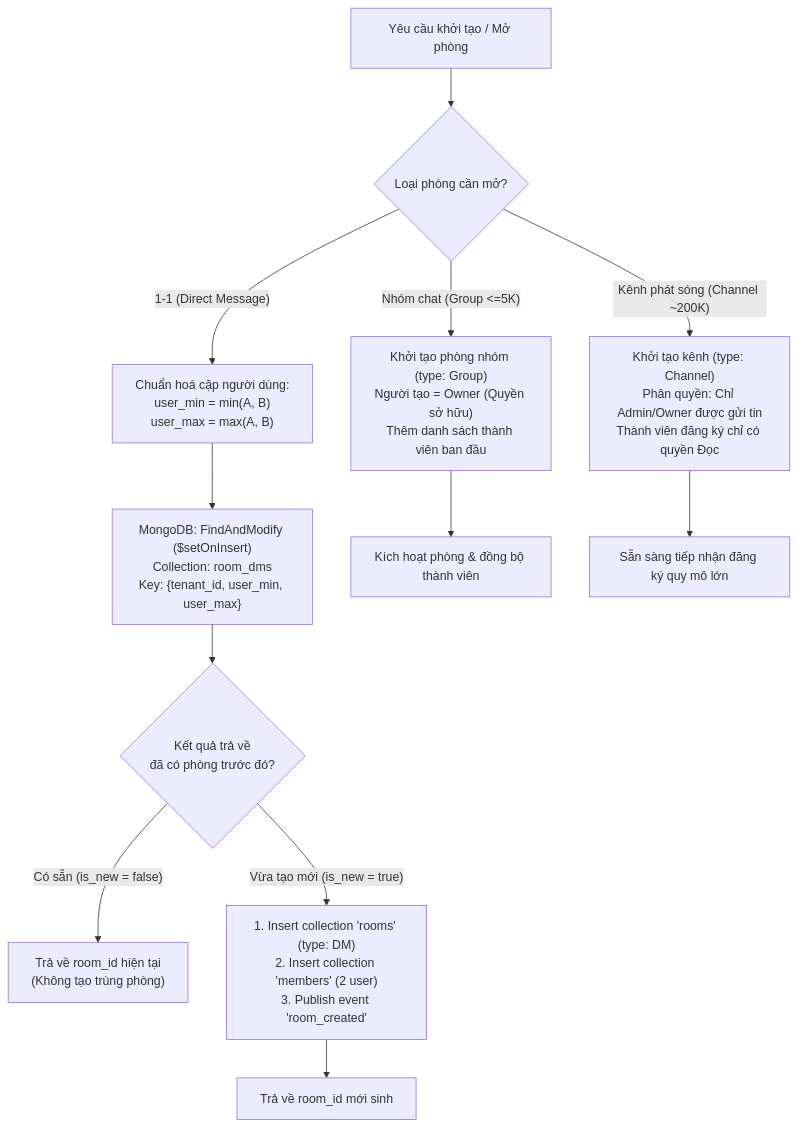
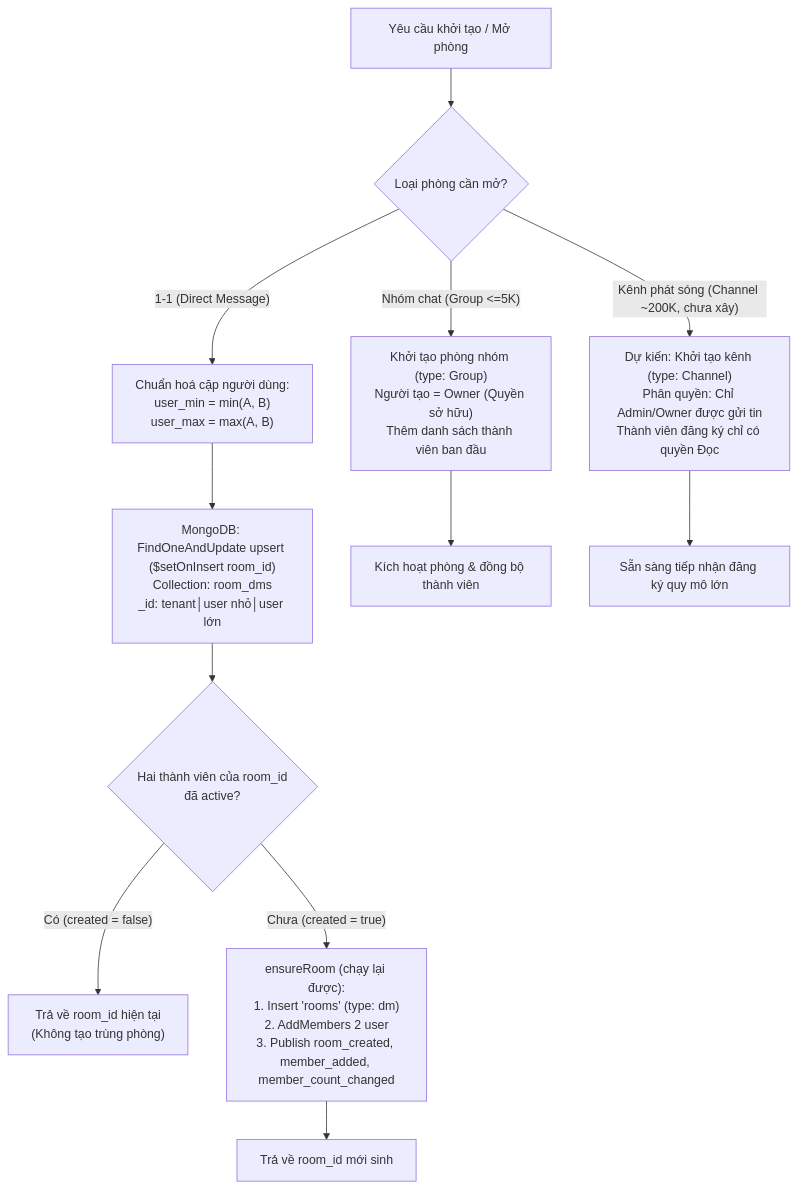
Before and after one commit to ivannguyendev/chatim: the first of 2 diagrams in docs/modules/01-feature-rooms-dms-and-channels.md, drawn with Mermaid. The commit also changed other lines of this file and 12 other files, not shown here.

````diff
--- a/docs/modules/01-feature-rooms-dms-and-channels.md
+++ b/docs/modules/01-feature-rooms-dms-and-channels.md
@@ -24,20 +24,20 @@
 ```mermaid
 flowchart TD
     Req["Yêu cầu khởi tạo / Mở phòng"] --> CheckType{"Loại phòng cần mở?"}
 
     %% Nhánh 1: Trò chuyện 1-1
     CheckType -- "1-1 (Direct Message)" --> SortPair["Chuẩn hoá cặp người dùng:<br/>user_min = min(A, B)<br/>user_max = max(A, B)"]
-    SortPair --> UpsertDMS["MongoDB: FindAndModify ($setOnInsert)<br/>Collection: room_dms<br/>Key: {tenant_id, user_min, user_max}"]
-    UpsertDMS --> CheckNew{"Kết quả trả về<br/>đã có phòng trước đó?"}
-    CheckNew -- "Có sẵn (is_new = false)" --> ReturnDM["Trả về room_id hiện tại<br/>(Không tạo trùng phòng)"]
-    CheckNew -- "Vừa tạo mới (is_new = true)" --> InitDM["1. Insert collection 'rooms' (type: DM)<br/>2. Insert collection 'members' (2 user)<br/>3. Publish event 'room_created'"]
+    SortPair --> UpsertDMS["MongoDB: FindOneAndUpdate upsert ($setOnInsert room_id)<br/>Collection: room_dms<br/>_id: tenant│user nhỏ│user lớn"]
+    UpsertDMS --> CheckNew{"Hai thành viên của room_id<br/>đã active?"}
+    CheckNew -- "Có (created = false)" --> ReturnDM["Trả về room_id hiện tại<br/>(Không tạo trùng phòng)"]
+    CheckNew -- "Chưa (created = true)" --> InitDM["ensureRoom (chạy lại được):<br/>1. Insert 'rooms' (type: dm)<br/>2. AddMembers 2 user<br/>3. Publish room_created, member_added, member_count_changed"]
     InitDM --> OpenNewDM["Trả về room_id mới sinh"]
 
     %% Nhánh 2: Nhóm chat
     CheckType -- "Nhóm chat (Group <=5K)" --> InitGroup["Khởi tạo phòng nhóm (type: Group)<br/>Người tạo = Owner (Quyền sở hữu)<br/>Thêm danh sách thành viên ban đầu"]
     InitGroup --> OpenGroup["Kích hoạt phòng & đồng bộ thành viên"]
 
     %% Nhánh 3: Kênh phát sóng
-    CheckType -- "Kênh phát sóng (Channel ~200K)" --> InitChan["Khởi tạo kênh (type: Channel)<br/>Phân quyền: Chỉ Admin/Owner được gửi tin<br/>Thành viên đăng ký chỉ có quyền Đọc"]
+    CheckType -- "Kênh phát sóng (Channel ~200K, chưa xây)" --> InitChan["Dự kiến: Khởi tạo kênh (type: Channel)<br/>Phân quyền: Chỉ Admin/Owner được gửi tin<br/>Thành viên đăng ký chỉ có quyền Đọc"]
     InitChan --> OpenChan["Sẵn sàng tiếp nhận đăng ký quy mô lớn"]
 ```
````
